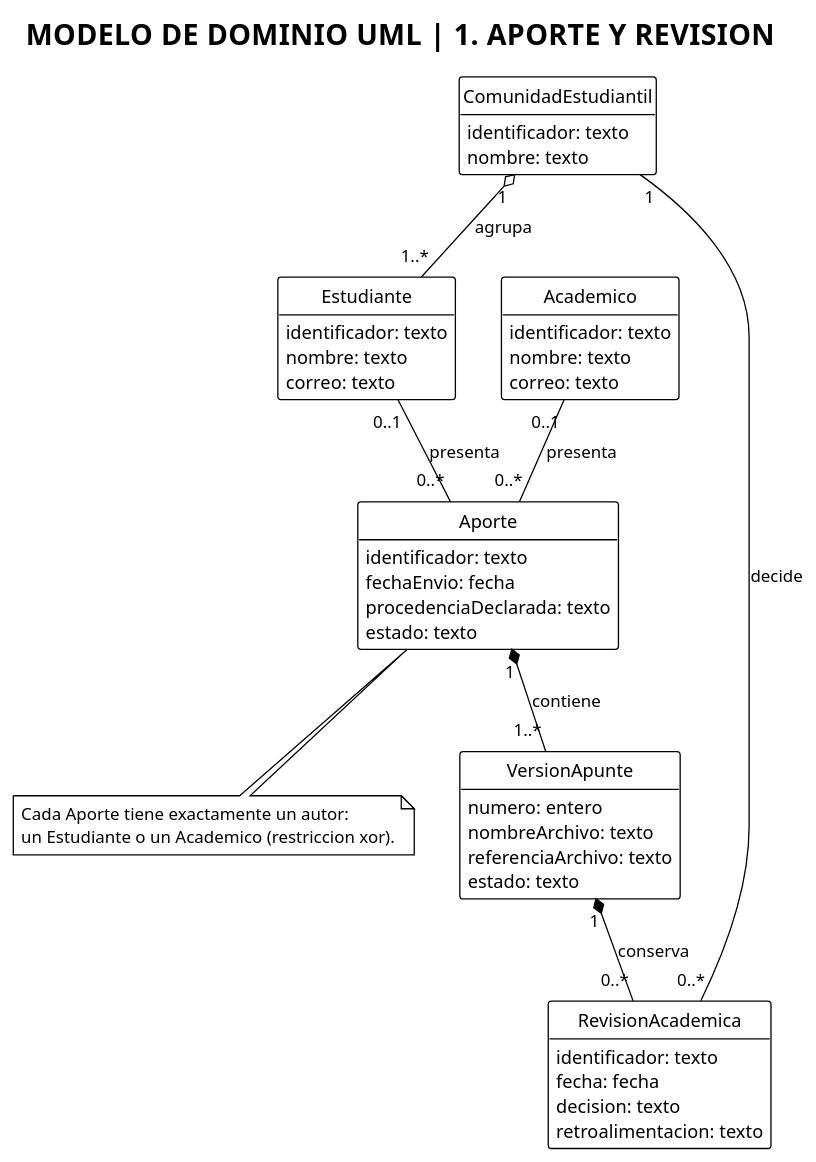
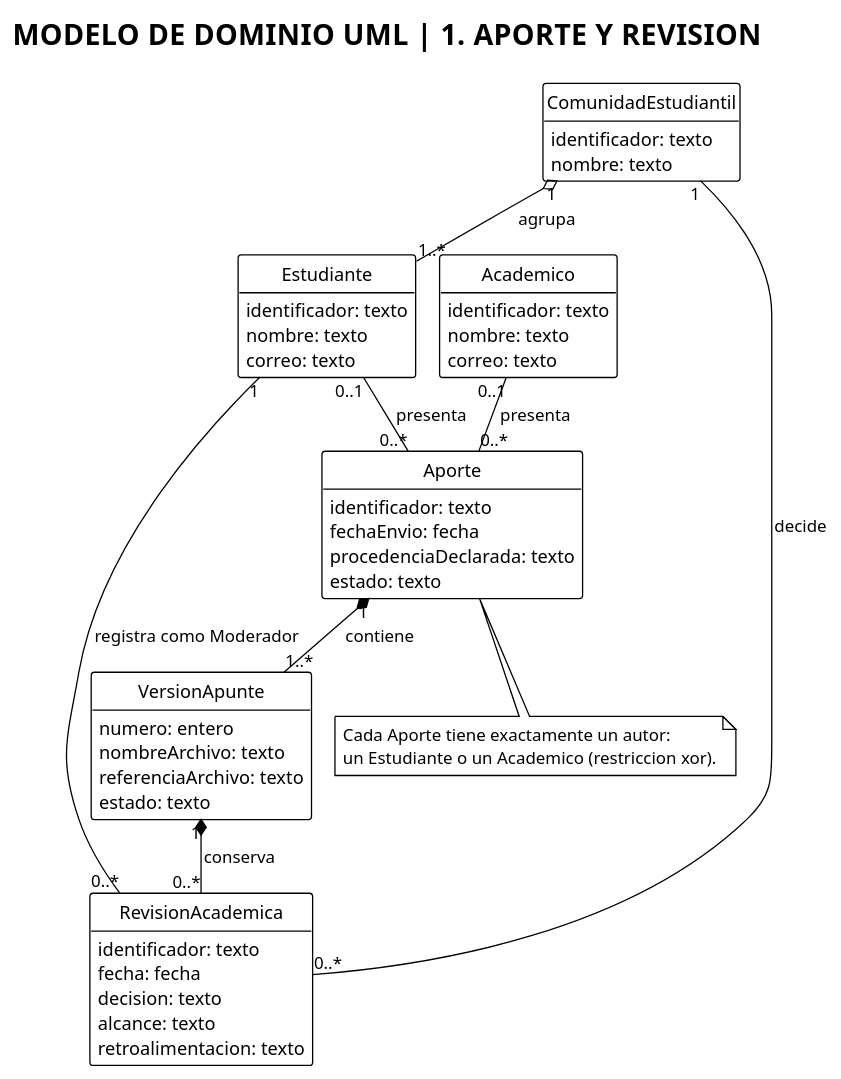
One commit to mapacheCorps/entrega changed the diagram in diagramas/modelo-dominio.puml. Above: the diagram before and after it, drawn with PlantUML. The commit also changed 72 other files, not shown here.

```diff
--- a/diagramas/modelo-dominio.puml
+++ b/diagramas/modelo-dominio.puml
@@ -1,58 +1,61 @@
 @startuml
+!pragma layout smetana
 !theme plain
 skinparam shadowing false
 skinparam classAttributeIconSize 0
 hide methods
 hide circle
 title MODELO DE DOMINIO UML  |  1. APORTE Y REVISION
 
 class ComunidadEstudiantil {
   identificador: texto
   nombre: texto
 }
 
 class Estudiante {
   identificador: texto
   nombre: texto
   correo: texto
 }
 
 class Academico {
   identificador: texto
   nombre: texto
   correo: texto
 }
 
 class Aporte {
   identificador: texto
   fechaEnvio: fecha
   procedenciaDeclarada: texto
   estado: texto
 }
 
 class VersionApunte {
   numero: entero
   nombreArchivo: texto
   referenciaArchivo: texto
   estado: texto
 }
 
 class RevisionAcademica {
   identificador: texto
   fecha: fecha
   decision: texto
+  alcance: texto
   retroalimentacion: texto
 }
 
 ComunidadEstudiantil "1" o-- "1..*" Estudiante : agrupa
 Estudiante "0..1" -- "0..*" Aporte : presenta
 Academico "0..1" -- "0..*" Aporte : presenta
 Aporte "1" *-- "1..*" VersionApunte : contiene
 VersionApunte "1" *-- "0..*" RevisionAcademica : conserva
 ComunidadEstudiantil "1" -- "0..*" RevisionAcademica : decide
+Estudiante "1" -- "0..*" RevisionAcademica : registra como Moderador
 
 note bottom of Aporte
   Cada Aporte tiene exactamente un autor:
   un Estudiante o un Academico (restriccion xor).
 end note
 @enduml
```
